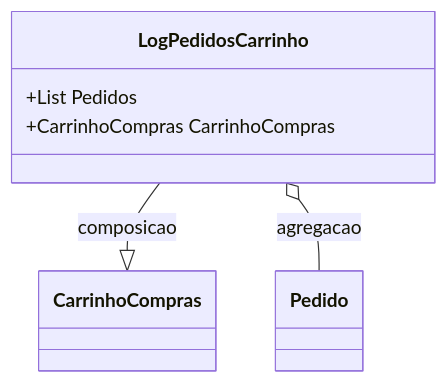
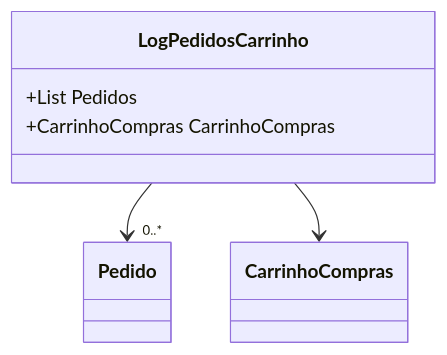
One commit to IsthmusSistemas/documentacao-tecnica changed the diagram in docs/b2b-dominio/IsthmusWinthor.Nucleo/IsthmusWinthor.Dominio/POCO/LogPedidosCarrinho.md. Above: the diagram before and after it, drawn with Mermaid. The commit also changed other lines of this file and 882 other files, not shown here.

````diff
--- a/docs/b2b-dominio/IsthmusWinthor.Nucleo/IsthmusWinthor.Dominio/POCO/LogPedidosCarrinho.md
+++ b/docs/b2b-dominio/IsthmusWinthor.Nucleo/IsthmusWinthor.Dominio/POCO/LogPedidosCarrinho.md
@@ -25,14 +17,13 @@
 ```mermaid
 classDiagram
     class LogPedidosCarrinho {
         +List<Pedido> Pedidos
         +CarrinhoCompras CarrinhoCompras
     }
-
-    class Pedido {}
-
-    class CarrinhoCompras {}
-
-    LogPedidosCarrinho --|> CarrinhoCompras : composicao
-    LogPedidosCarrinho o-- Pedido : agregacao
+    class Pedido
+    
+    class CarrinhoCompras
+    
+    LogPedidosCarrinho --> "0..*" Pedido
+    LogPedidosCarrinho --> CarrinhoCompras
 ```
````
